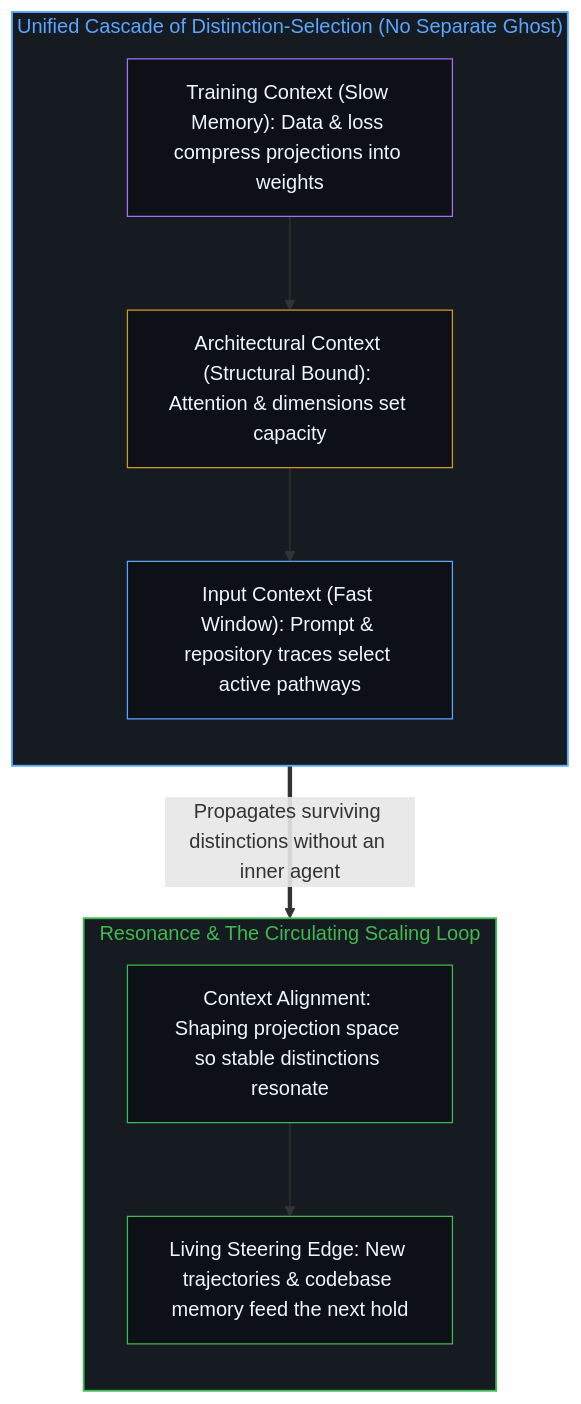
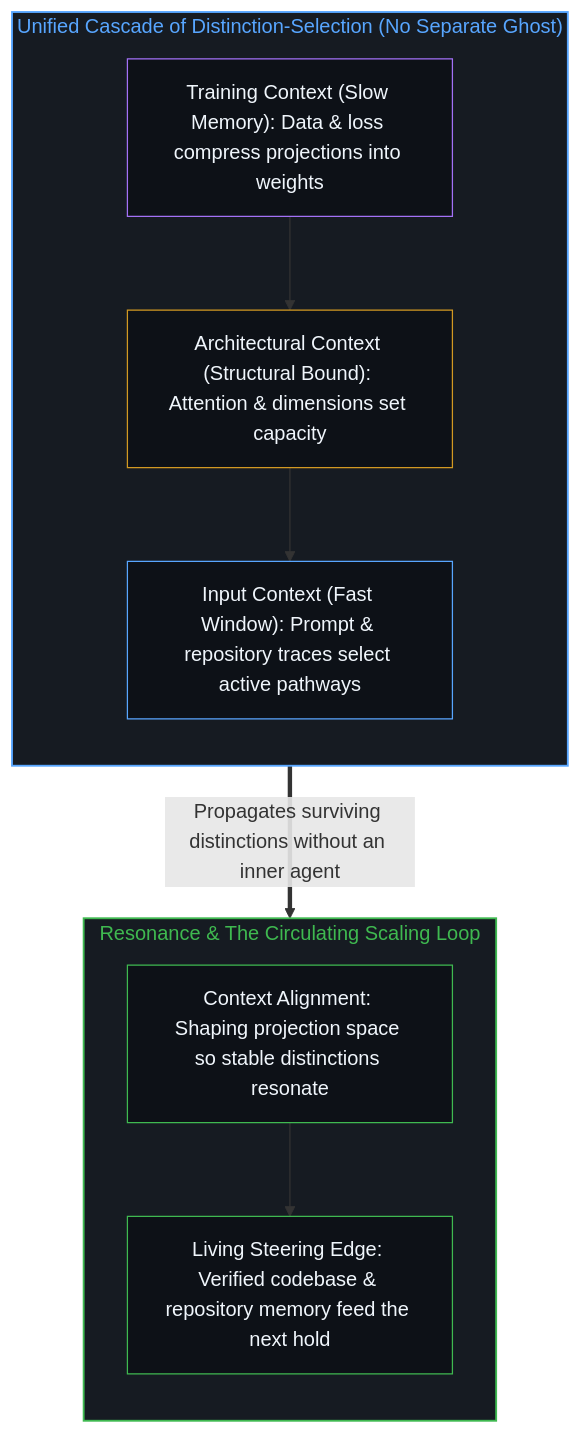
The second of 2 diagrams in content/posts/context-engineering-essay.md (powerpig99/not-a-toe), drawn with Mermaid before and after one commit. The commit also changed other lines of this file and 2 other files, not shown here.

````diff
--- a/content/posts/context-engineering-essay.md
+++ b/content/posts/context-engineering-essay.md
@@ -50,24 +50,24 @@
 ```mermaid
 flowchart TD
     subgraph S_Cascade["Unified Cascade of Distinction-Selection (No Separate Ghost)"]
         direction TB
         L_Train["Training Context (Slow Memory): Data & loss compress projections into weights"]
         L_Arch["Architectural Context (Structural Bound): Attention & dimensions set capacity"]
         L_Input["Input Context (Fast Window): Prompt & repository traces select active pathways"]
         L_Train --> L_Arch --> L_Input
     end
     subgraph S_Loop["Resonance & The Circulating Scaling Loop"]
         direction TB
         R_Align["Context Alignment: Shaping projection space so stable distinctions resonate"]
-        R_Expand["Living Steering Edge: New trajectories & codebase memory feed the next hold"]
+        R_Expand["Living Steering Edge: Verified codebase & repository memory feed the next hold"]
         R_Align --> R_Expand
     end
     L_Input ==>|"Propagates surviving distinctions without an inner agent"| R_Align
     style S_Cascade fill:#161b22,stroke:#58a6ff,stroke-width:1.5px,color:#58a6ff
     style S_Loop fill:#161b22,stroke:#3fb950,stroke-width:1.5px,color:#3fb950
     style L_Train fill:#0d1117,stroke:#a371f7,stroke-width:1px,color:#f0f6fc
     style L_Arch fill:#0d1117,stroke:#d29922,stroke-width:1px,color:#f0f6fc
     style L_Input fill:#0d1117,stroke:#58a6ff,stroke-width:1px,color:#f0f6fc
     style R_Align fill:#0d1117,stroke:#3fb950,stroke-width:1px,color:#f0f6fc
     style R_Expand fill:#0d1117,stroke:#3fb950,stroke-width:1px,color:#f0f6fc
 ```
````
